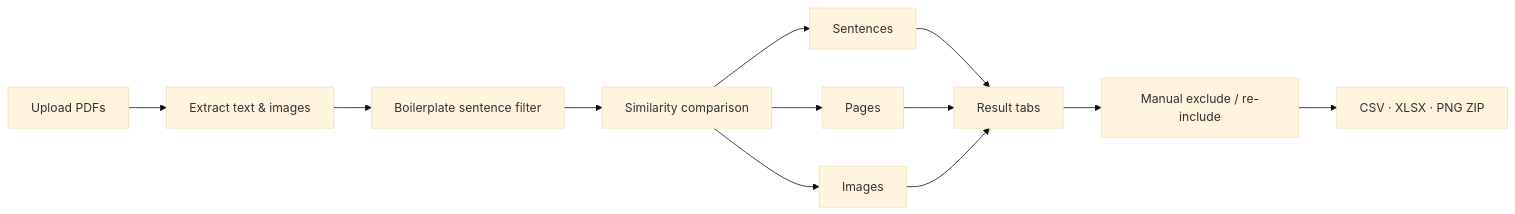
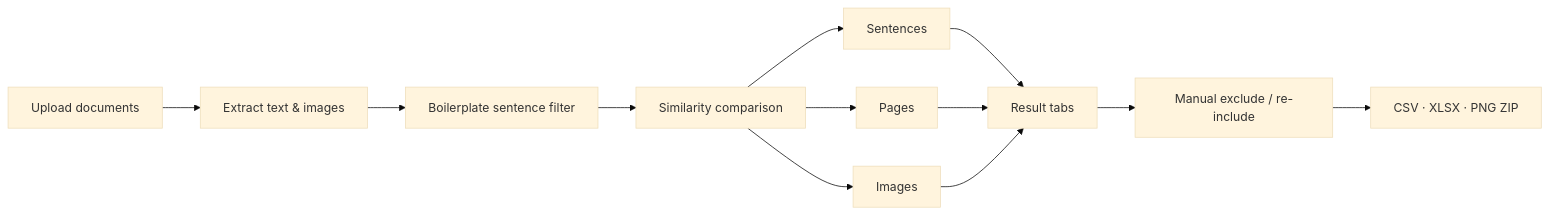
Before and after one commit to eunbijoel/Document_SimilarityAnalysis: the diagram in README_EN.md, drawn with Mermaid (base theme). The commit also changed other lines of this file, not shown here.

````diff
--- a/README_EN.md
+++ b/README_EN.md
@@ -22,14 +25,14 @@
 ```mermaid
 flowchart LR
-  A[Upload PDFs] --> B[Extract text & images]
+  A[Upload documents] --> B[Extract text & images]
   B --> C[Boilerplate sentence filter]
   C --> D[Similarity comparison]
   D --> D1[Sentences]
   D --> D2[Pages]
   D --> D3[Images]
   D1 --> E[Result tabs]
   D2 --> E
   D3 --> E
   E --> F[Manual exclude / re-include]
   F --> G[CSV · XLSX · PNG ZIP]
 ```
````
